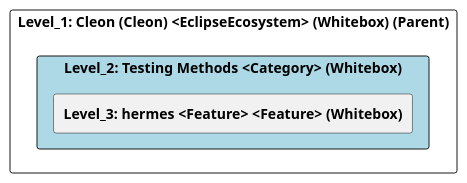
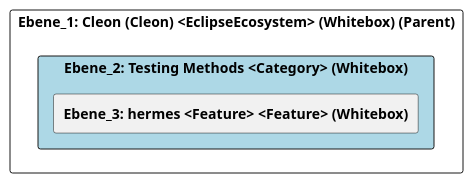
The diagram in doc/cleonproject_deliverables_architecture_model_architecture/adoc/de/05_bausteinsicht/cleon/testing_methods/ebene_2_testing methods.adoc (marcozwyssig/cleon), drawn with PlantUML before and after one commit. The commit also changed other lines of this file and 258 other files, not shown here.

```diff
--- a/doc/cleonproject_deliverables_architecture_model_architecture/adoc/de/05_bausteinsicht/cleon/testing_methods/ebene_2_testing methods.adoc
+++ b/doc/cleonproject_deliverables_architecture_model_architecture/adoc/de/05_bausteinsicht/cleon/testing_methods/ebene_2_testing methods.adoc
@@ -24,24 +24,24 @@
-[plantuml, Level_2: Testing Methods <Category> (Whitebox)BlockOverview, format="svg"]
+[plantuml, Ebene_2: Testing Methods <Category> (Whitebox)BlockOverview, format="svg"]
 ----
-@startuml Level_2: Testing Methods <Category> (Whitebox)BuildingBlockOverview
+@startuml Ebene_2: Testing Methods <Category> (Whitebox)BuildingBlockOverview
 
 skinparam ranksep 10
 skinparam componentStyle rectangle
 skinparam shadowing false
 skinparam arrowColor lightblue
 skinparam arrowThickness 1.2
 skinparam rectangle {
   BackgroundColor White
   BorderColor #333
   RoundCorner 10
 }
 top to bottom direction
 
-component "Level_1: Cleon (Cleon) <EclipseEcosystem> (Whitebox) (Parent)" {
-    component "Level_2: Testing Methods <Category> (Whitebox)" #lightblue {
-        [**Level_3: hermes <Feature> <Feature> (Whitebox)**] as 49057F35_D579_11EE_903E_9F564E4DE07E
+component "Ebene_1: Cleon (Cleon) <EclipseEcosystem> (Whitebox) (Parent)" {
+    component "Ebene_2: Testing Methods <Category> (Whitebox)" #lightblue {
+        [**Ebene_3: hermes <Feature> <Feature> (Whitebox)**] as 49057F35_D579_11EE_903E_9F564E4DE07E
     }
 }
 
 @enduml
 ----
```
